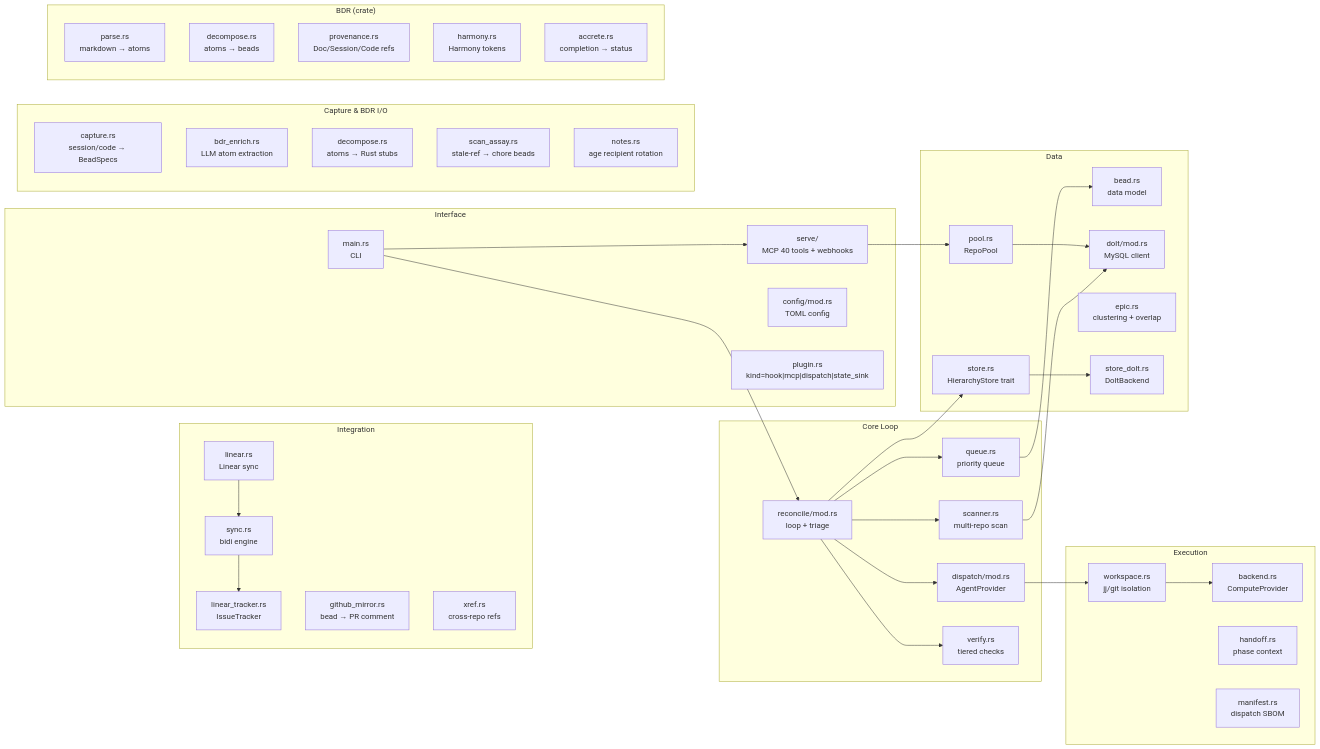
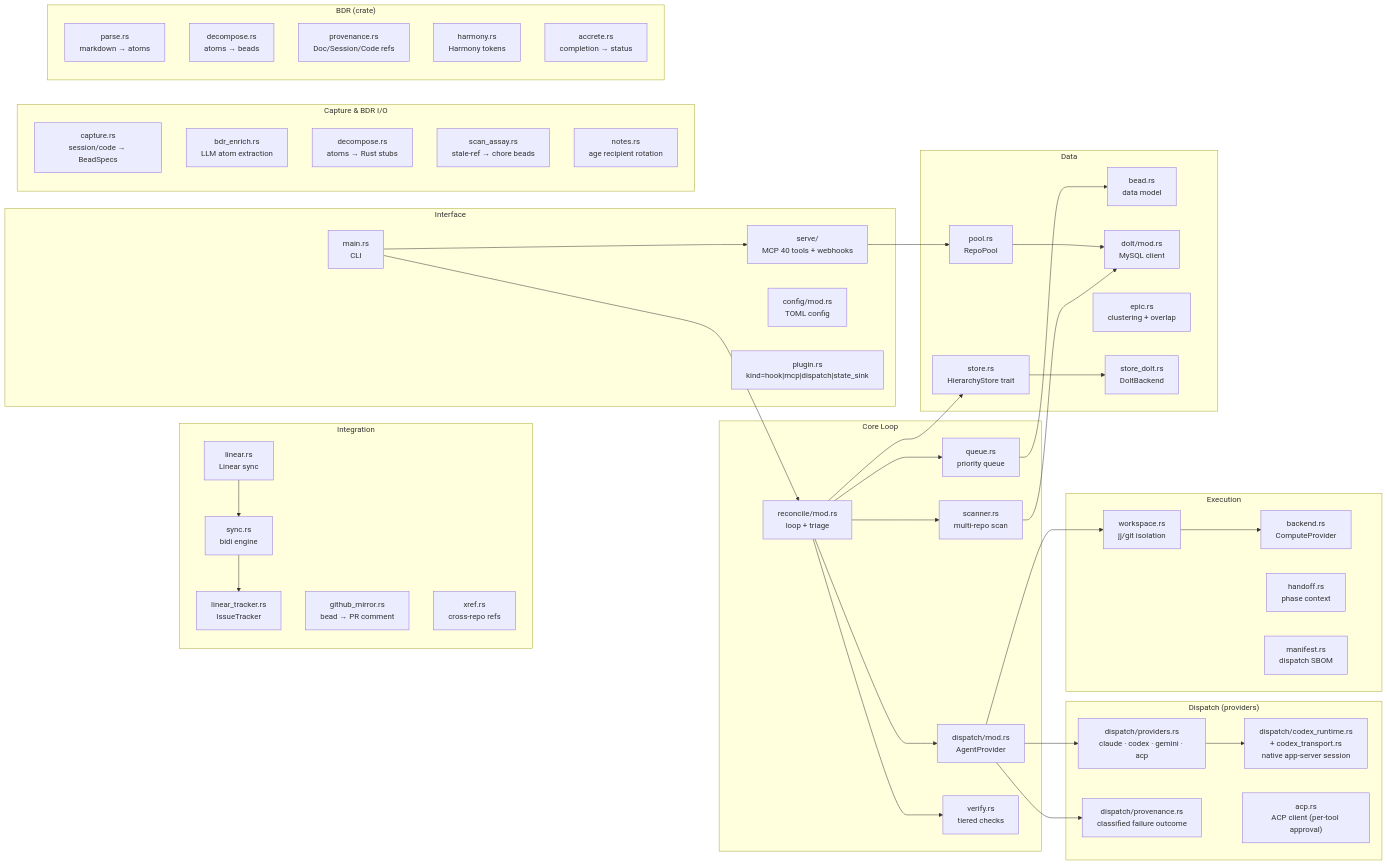
One commit to agentic-research/rosary changed the sixth of 8 diagrams in docs/ARCHITECTURE.md. Above: the diagram before and after it, drawn with Mermaid. The commit also changed other lines of this file and 1 other file, not shown here.

````diff
--- a/docs/ARCHITECTURE.md
+++ b/docs/ARCHITECTURE.md
@@ -182,66 +147,75 @@
 ```mermaid
 graph LR
     subgraph "Core Loop"
         reconcile["reconcile/mod.rs<br/>loop + triage"]
         scanner["scanner.rs<br/>multi-repo scan"]
         queue["queue.rs<br/>priority queue"]
         dispatch["dispatch/mod.rs<br/>AgentProvider"]
         verify["verify.rs<br/>tiered checks"]
     end
 
     subgraph "Execution"
         workspace["workspace.rs<br/>jj/git isolation"]
         backend["backend.rs<br/>ComputeProvider"]
         handoff["handoff.rs<br/>phase context"]
         manifest["manifest.rs<br/>dispatch SBOM"]
+    end
+
+    subgraph "Dispatch (providers)"
+        providers["dispatch/providers.rs<br/>claude · codex · gemini · acp"]
+        codex_rt["dispatch/codex_runtime.rs<br/>+ codex_transport.rs<br/>native app-server session"]
+        prov_d["dispatch/provenance.rs<br/>classified failure outcome"]
+        acp_m["acp.rs<br/>ACP client (per-tool approval)"]
     end
 
     subgraph "Data"
         bead["bead.rs<br/>data model"]
         dolt["dolt/mod.rs<br/>MySQL client"]
         pool["pool.rs<br/>RepoPool"]
         epic["epic.rs<br/>clustering + overlap"]
         store["store.rs<br/>HierarchyStore trait"]
         store_dolt["store_dolt.rs<br/>DoltBackend"]
     end
 
     subgraph "Integration"
         linear["linear.rs<br/>Linear sync"]
         linear_tracker["linear_tracker.rs<br/>IssueTracker"]
         github_mirror["github_mirror.rs<br/>bead → PR comment"]
         sync["sync.rs<br/>bidi engine"]
         xref["xref.rs<br/>cross-repo refs"]
     end
 
     subgraph "Interface"
         main["main.rs<br/>CLI"]
         serve["serve/<br/>MCP 40 tools + webhooks"]
         config["config/mod.rs<br/>TOML config"]
         plugin["plugin.rs<br/>kind=hook|mcp|dispatch|state_sink"]
     end
 
     subgraph "Capture & BDR I/O"
         capture["capture.rs<br/>session/code → BeadSpecs"]
         bdr_enrich["bdr_enrich.rs<br/>LLM atom extraction"]
         decompose["decompose.rs<br/>atoms → Rust stubs"]
         scan_assay["scan_assay.rs<br/>stale-ref → chore beads"]
         notes["notes.rs<br/>age recipient rotation"]
     end
 
     subgraph "BDR (crate)"
         bdr_parse["parse.rs<br/>markdown → atoms"]
         bdr_decompose["decompose.rs<br/>atoms → beads"]
         bdr_provenance["provenance.rs<br/>Doc/Session/Code refs"]
         bdr_harmony["harmony.rs<br/>Harmony tokens"]
         bdr_accrete["accrete.rs<br/>completion → status"]
     end
 
     reconcile --> scanner --> dolt
     reconcile --> queue --> bead
     reconcile --> dispatch --> workspace --> backend
+    dispatch --> providers --> codex_rt
+    dispatch --> prov_d
     reconcile --> verify
     reconcile --> store --> store_dolt
     serve --> pool --> dolt
     linear --> sync --> linear_tracker
     main --> reconcile & serve
 ```
````
